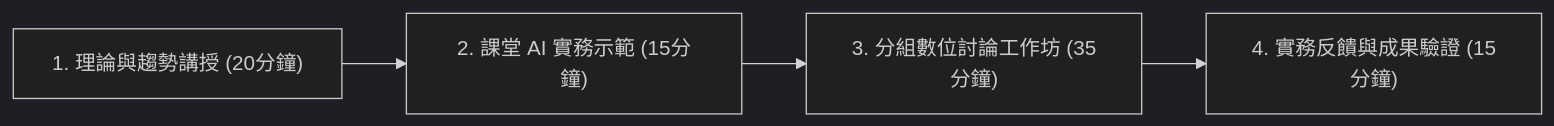
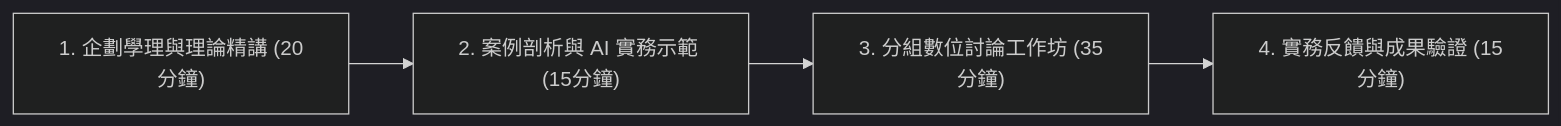
One commit to h12s12bs/vnu-creative-thinking-and-practice changed the diagram in 00_Course_Syllabus.md. Above: the diagram before and after it, drawn with Mermaid (dark theme). The commit also changed other lines of this file and 9 other files, not shown here.

````diff
--- a/00_Course_Syllabus.md
+++ b/00_Course_Syllabus.md
@@ -11,6 +11,6 @@
 ```mermaid
 graph LR
-    A["1. 理論與趨勢講授 (20分鐘)"] --> B["2. 課堂 AI 實務示範 (15分鐘)"]
+    A["1. 企劃學理與理論精講 (20分鐘)"] --> B["2. 案例剖析與 AI 實務示範 (15分鐘)"]
     B --> C["3. 分組數位討論工作坊 (35分鐘)"]
     C --> D["4. 實務反饋與成果驗證 (15分鐘)"]
 ```
````
